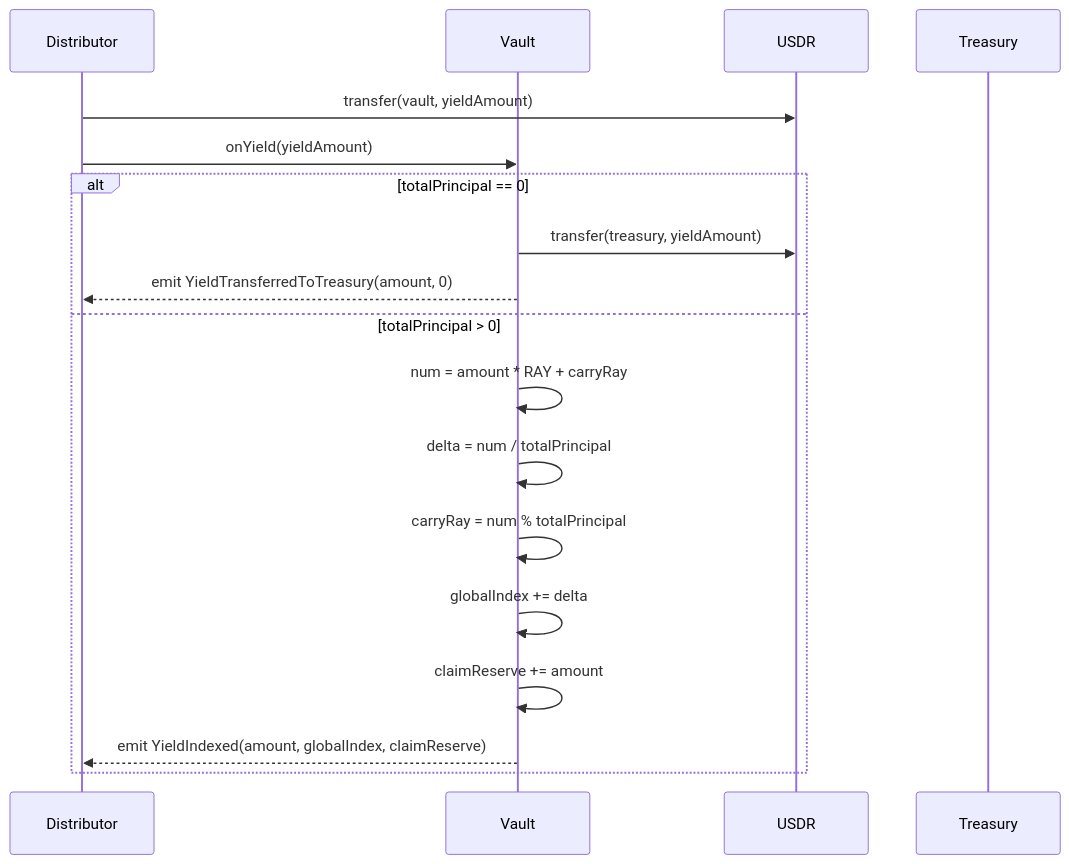
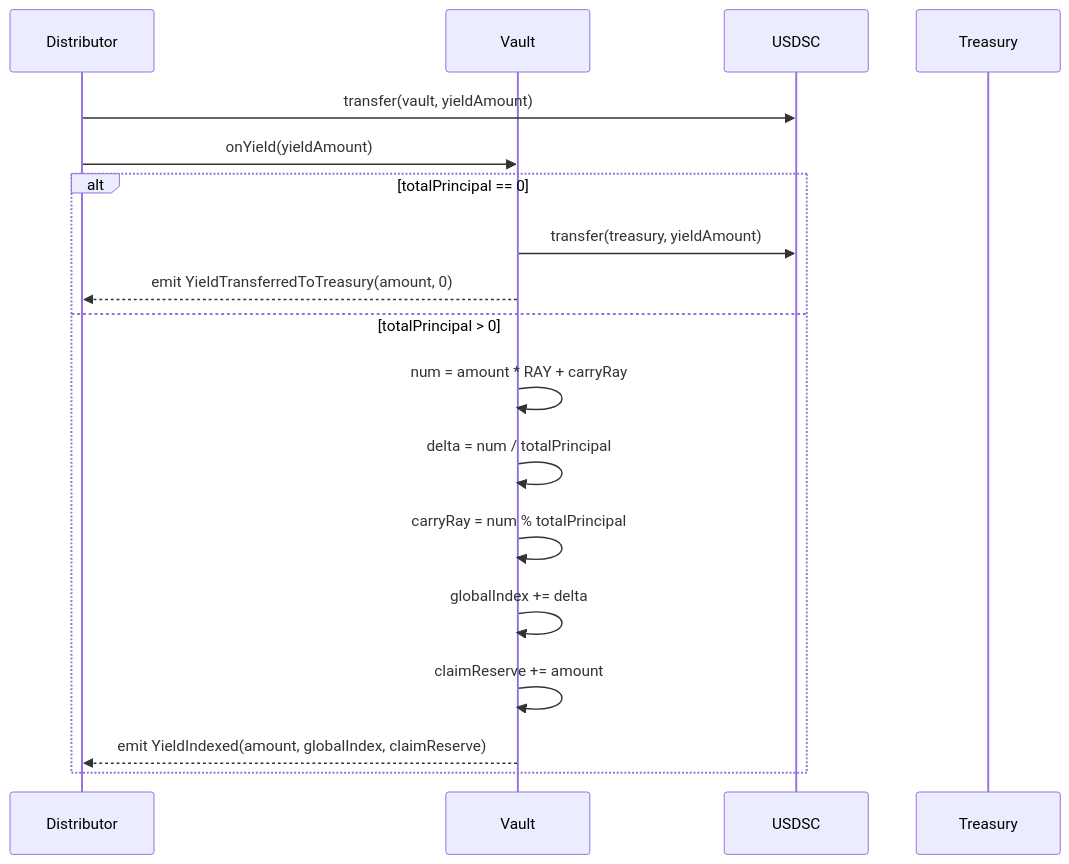
Before and after one commit to StartaleGroup/stablecoin-vault-contracts: the second of 6 diagrams in src/vaults/earn/earn-vault.md, drawn with Mermaid. The commit also changed other lines of this file and 29 other files, not shown here.

Commit message:
replace USDR with USDSC

````diff
--- a/src/vaults/earn/earn-vault.md
+++ b/src/vaults/earn/earn-vault.md
@@ -83,22 +83,22 @@
 ```mermaid
 sequenceDiagram
     participant Distributor
     participant Vault
-    participant USDR
+    participant USDSC
     participant Treasury
     
-    Distributor->>USDR: transfer(vault, yieldAmount)
+    Distributor->>USDSC: transfer(vault, yieldAmount)
     Distributor->>Vault: onYield(yieldAmount)
     
     alt totalPrincipal == 0
-        Vault->>USDR: transfer(treasury, yieldAmount)
+        Vault->>USDSC: transfer(treasury, yieldAmount)
         Vault-->>Distributor: emit YieldTransferredToTreasury(amount, 0)
     else totalPrincipal > 0
         Vault->>Vault: num = amount * RAY + carryRay
         Vault->>Vault: delta = num / totalPrincipal
         Vault->>Vault: carryRay = num % totalPrincipal
         Vault->>Vault: globalIndex += delta
         Vault->>Vault: claimReserve += amount
         Vault-->>Distributor: emit YieldIndexed(amount, globalIndex, claimReserve)
     end
 ```
````
